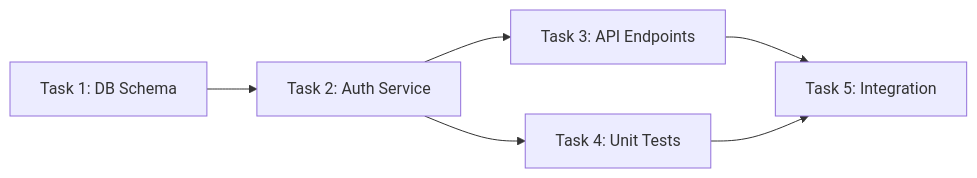
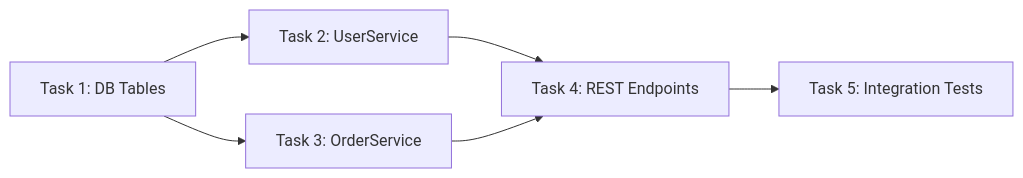
Before and after one commit to pproenca/dot-claude: diagram 11 of 13 in plugins/super/agents/diagram-generator.md, drawn with Mermaid. The commit also changed other lines of this file and 2 other files, not shown here.

First line of the commit message:
refactor(super): slim down code-reviewer, security-reviewer, diagram-generator agents

````diff
--- a/plugins/super/agents/diagram-generator.md
+++ b/plugins/super/agents/diagram-generator.md
@@ -320,8 +270,8 @@
 ```mermaid
 graph LR
-    T1[Task 1: DB Schema] --> T2[Task 2: Auth Service]
-    T2 --> T3[Task 3: API Endpoints]
-    T2 --> T4[Task 4: Unit Tests]
-    T3 --> T5[Task 5: Integration]
-    T4 --> T5
+    T1[Task 1: DB Tables] --> T3[Task 3: OrderService]
+    T1 --> T2[Task 2: UserService]
+    T2 --> T4[Task 4: REST Endpoints]
+    T3 --> T4
+    T4 --> T5[Task 5: Integration Tests]
 ```
````
